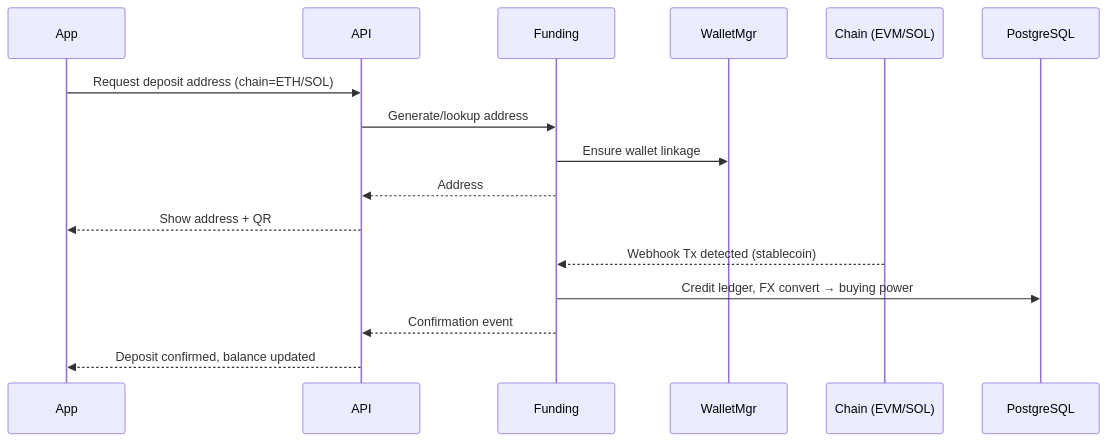
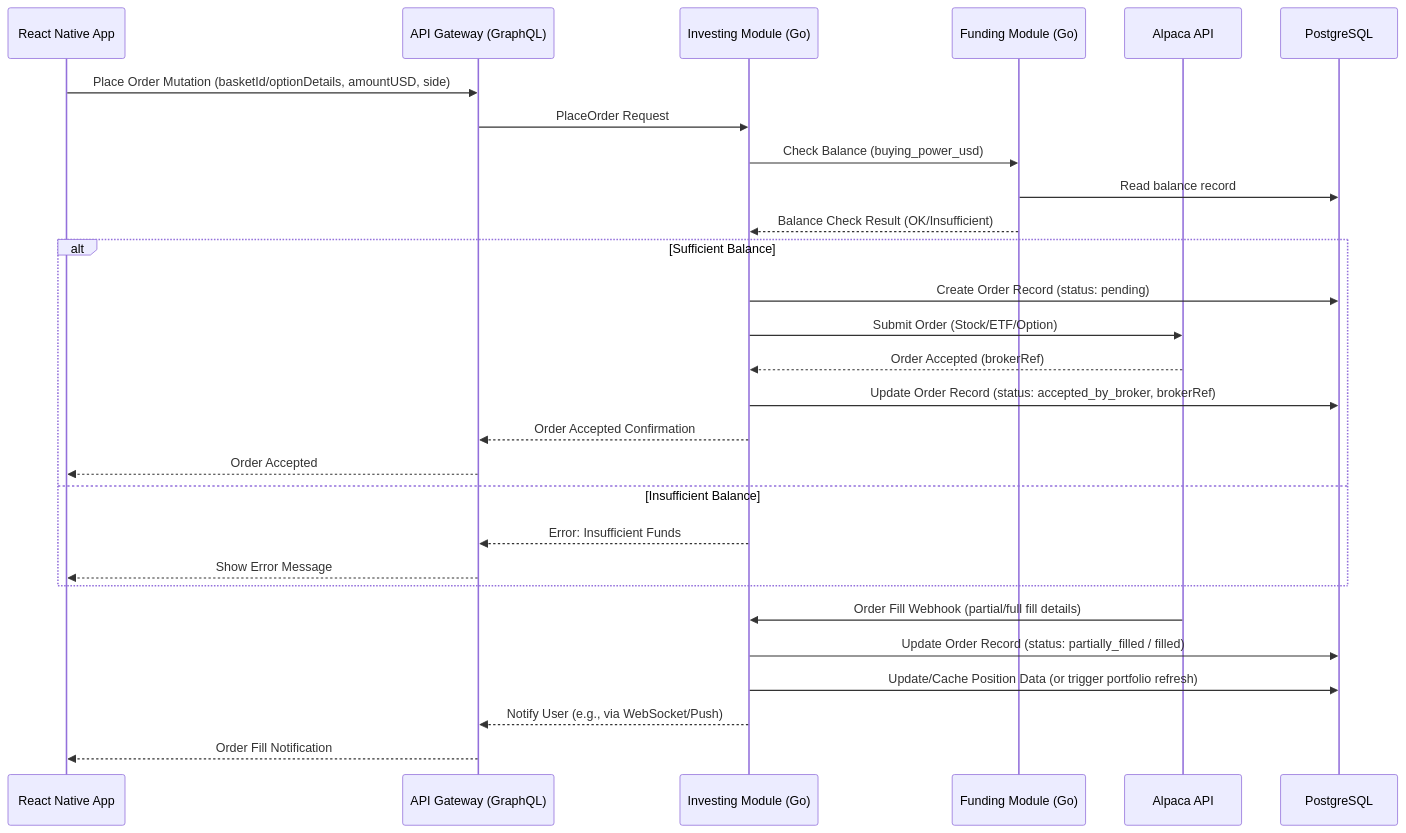
The fifth of 6 diagrams in docs/architecture.md (Sketchyjo/STACK-BACKEND-SERVICE), drawn with Mermaid before and after one commit. The commit also changed other lines of this file and 706 other files, not shown here.

````diff
--- a/docs/architecture.md
+++ b/docs/architecture.md
@@ -80,19 +455,34 @@
 ```mermaid
 sequenceDiagram
-  participant App
-  participant API
-  participant FND as Funding
-  participant WMG as WalletMgr
-  participant CHN as Chain (EVM/SOL)
-  participant PG as PostgreSQL
+    participant App as React Native App
+    participant GW as API Gateway (GraphQL)
+    participant INV as Investing Module (Go)
+    participant FND as Funding Module (Go)
+    participant DW as Alpaca API
+    participant PG as PostgreSQL
 
-  App->>API: Request deposit address (chain=ETH/SOL)
-  API->>FND: Generate/lookup address
-  FND->>WMG: Ensure wallet linkage
-  FND-->>API: Address
-  API-->>App: Show address + QR
-  CHN-->>FND: Webhook Tx detected (stablecoin)
-  FND->>PG: Credit ledger, FX convert → buying power
-  FND-->>API: Confirmation event
-  API-->>App: Deposit confirmed, balance updated
+    App->>GW: Place Order Mutation (basketId/optionDetails, amountUSD, side)
+    GW->>INV: PlaceOrder Request
+    INV->>FND: Check Balance (buying_power_usd)
+    FND->>PG: Read balance record
+    FND-->>INV: Balance Check Result (OK/Insufficient)
+
+    alt Sufficient Balance
+        INV->>PG: Create Order Record (status: pending)
+        INV->>DW: Submit Order (Stock/ETF/Option)
+        DW-->>INV: Order Accepted (brokerRef)
+        INV->>PG: Update Order Record (status: accepted_by_broker, brokerRef)
+        INV-->>GW: Order Accepted Confirmation
+        GW-->>App: Order Accepted
+    else Insufficient Balance
+        INV-->>GW: Error: Insufficient Funds
+        GW-->>App: Show Error Message
+    end
+
+    %% Later - Alpaca sends fill confirmation %%
+    DW->>INV: Order Fill Webhook (partial/full fill details)
+    INV->>PG: Update Order Record (status: partially_filled / filled)
+    INV->>PG: Update/Cache Position Data (or trigger portfolio refresh)
+    INV-->>GW: Notify User (e.g., via WebSocket/Push)
+    GW-->>App: Order Fill Notification
 ```
````
